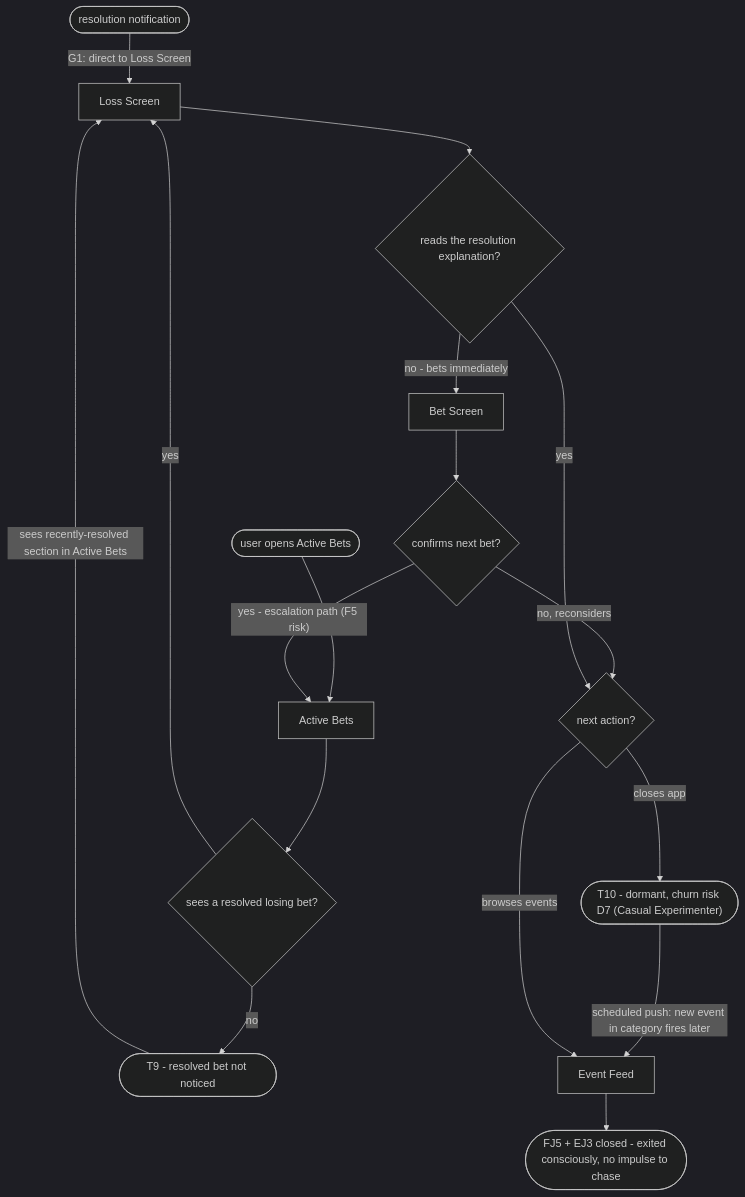
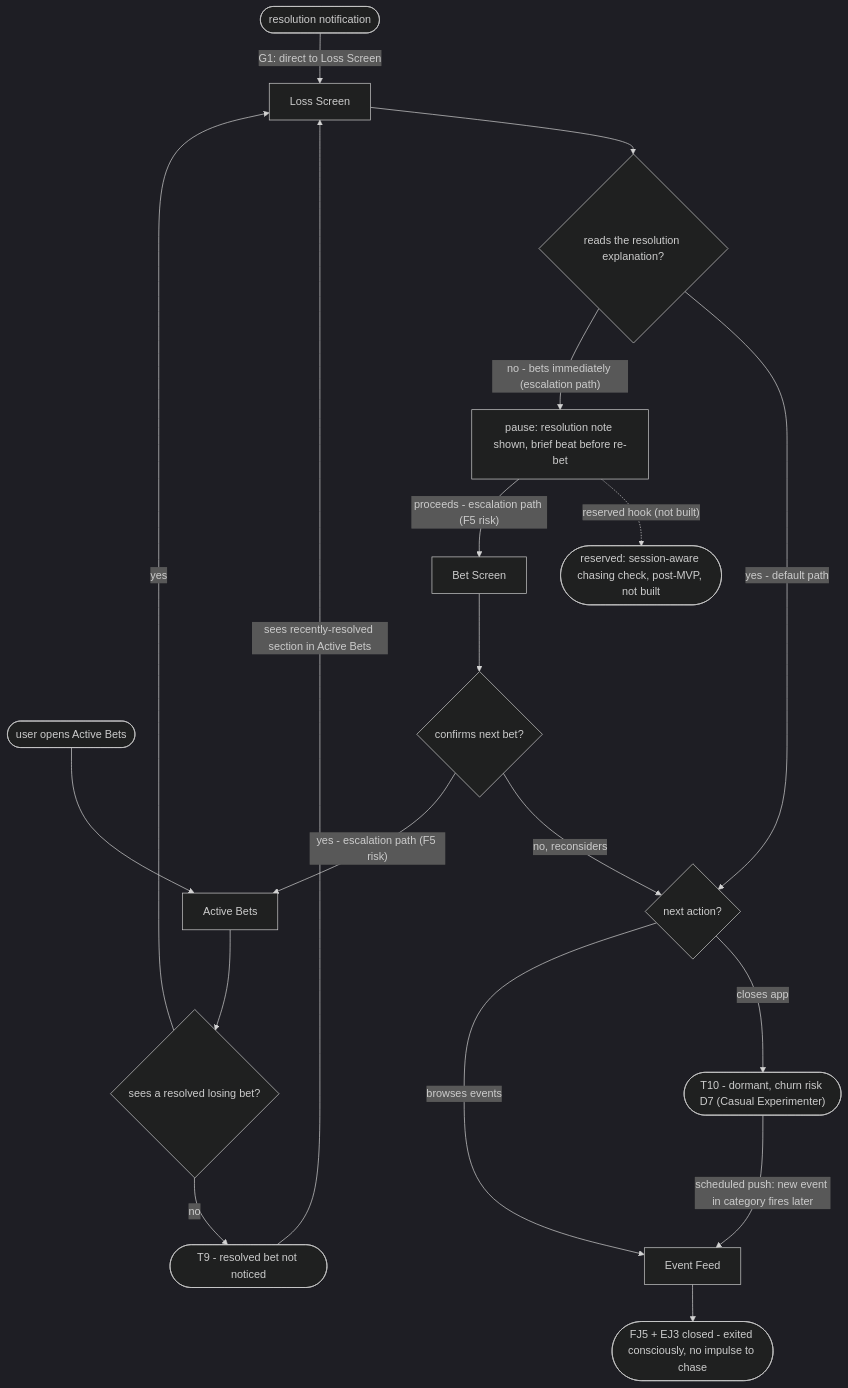
One commit to sergiodesign4u-dot/predict-market changed the third of 4 diagrams in flows.md. Above: the diagram before and after it, drawn with Mermaid (dark theme).

Commit message:
Step 1: FJ5 - resolution-note as default beat, friction node on rebet edge, C-logic hook reserved

````diff
--- a/flows.md
+++ b/flows.md
@@ -139,30 +139,37 @@
 ```mermaid
 flowchart TD
     nextAction{"next action?"}
 
     %% Path A: G1 - resolution notification routes directly to Loss Screen (fast path)
     %% Loss Screen is otherwise 4 taps deep; G1 cuts this so the resolution note reaches the user before the impulse to chase.
     triggerNotif(["resolution notification"])
     triggerNotif -->|"G1: direct to Loss Screen"| LS["Loss Screen"]
 
     %% Path B: manual - user opens Active Bets, finds the resolved item
     triggerManual(["user opens Active Bets"])
     triggerManual --> AB["Active Bets"]
     AB --> seesResolved{"sees a resolved losing bet?"}
     seesResolved -->|"no"| T9(["T9 - resolved bet not noticed"])
     T9 -->|"sees recently-resolved section in Active Bets"| LS
     seesResolved -->|"yes"| LS
 
     LS --> readsNote{"reads the resolution explanation?"}
-    readsNote -->|"no - bets immediately"| BS["Bet Screen"]
+
+    %% Default beat: resolution note is read first, then next action
+    readsNote -->|"yes - default path"| nextAction
+
+    %% Escalation path: user skips note and bets immediately - routes through friction node
+    readsNote -->|"no - bets immediately (escalation path)"| pause["pause: resolution note shown, brief beat before re-bet"]
+    sessionHook(["reserved: session-aware chasing check, post-MVP, not built"])
+    pause -.->|"reserved hook (not built)"| sessionHook
+    pause -->|"proceeds - escalation path (F5 risk)"| BS["Bet Screen"]
     BS --> escalationConfirm{"confirms next bet?"}
     escalationConfirm -->|"no, reconsiders"| nextAction
     escalationConfirm -->|"yes - escalation path (F5 risk)"| AB
 
-    readsNote -->|"yes"| nextAction
     nextAction -->|"closes app"| T10(["T10 - dormant, churn risk D7 (Casual Experimenter)"])
     T10 -->|"scheduled push: new event in category fires later"| EF["Event Feed"]
     nextAction -->|"browses events"| EF
 
     EF --> fj5Done(["FJ5 + EJ3 closed - exited consciously, no impulse to chase"])
 ```
````
